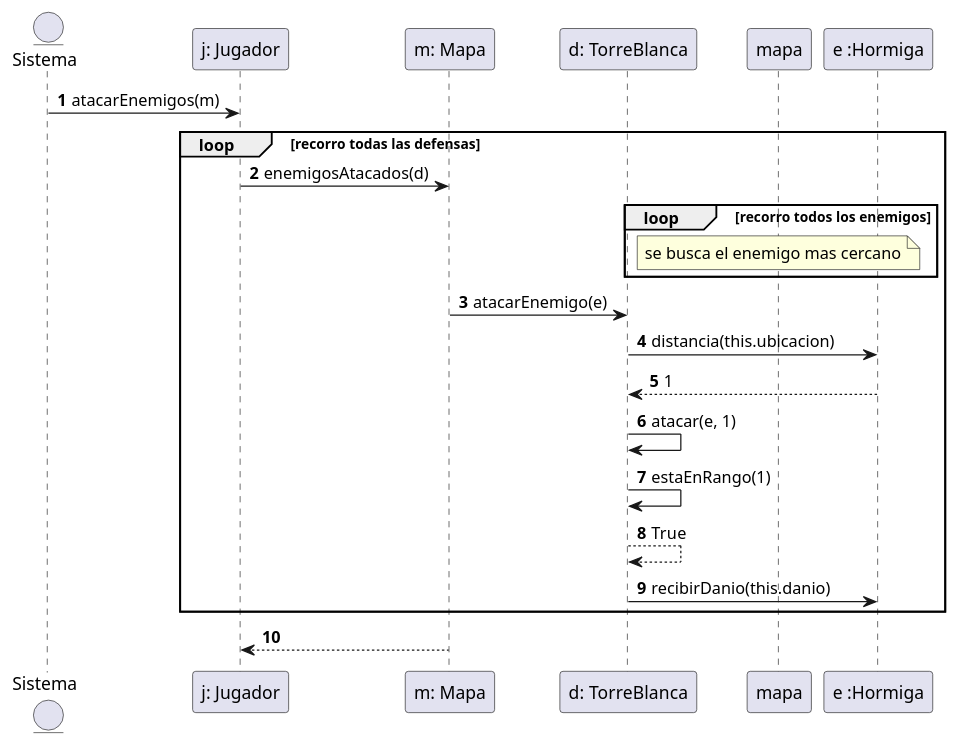
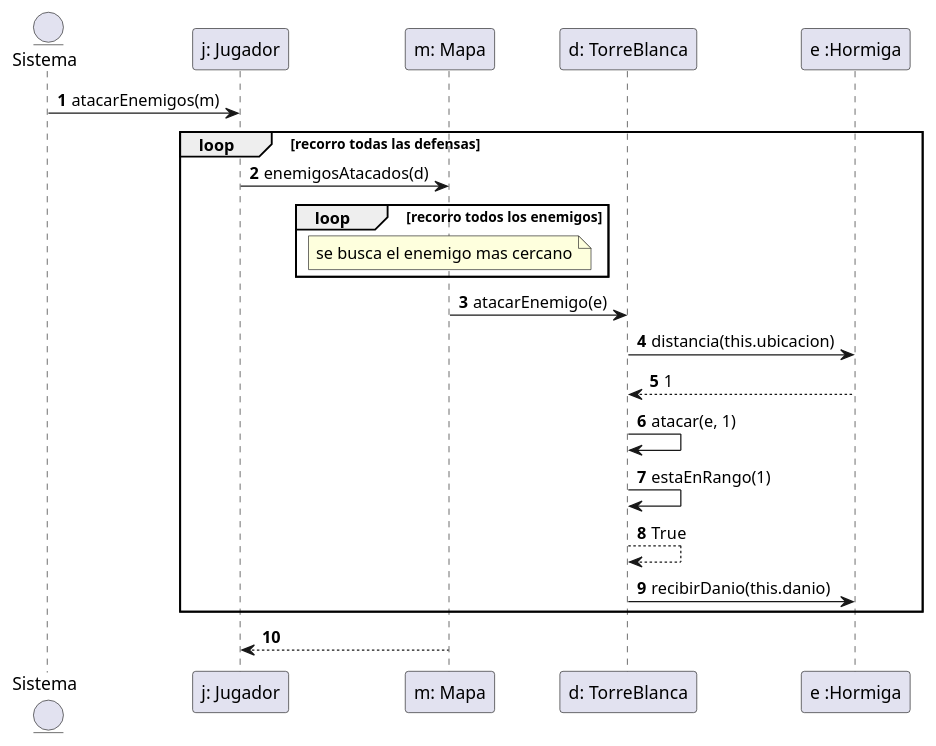
Before and after one commit to franzimbi/algo3_tp2: the diagram in diagrams/sequences/defensasAtacanEnemigos.puml, drawn with PlantUML. The commit also changed 2 other files, not shown here.

Commit message:
Lechuza move diagram Co-authored-by: Francisco Zimbimbakis <84210603+franzimbi@users.noreply.github.com>

```diff
--- a/diagrams/sequences/defensasAtacanEnemigos.puml
+++ b/diagrams/sequences/defensasAtacanEnemigos.puml
@@ -1,28 +1,28 @@
 @startuml
 'https://plantuml.com/sequence-diagram
 
 autonumber
 
 entity Sistema
 participant "j: Jugador"
 participant "m: Mapa"
 Sistema -> "j: Jugador":atacarEnemigos(m)
 loop recorro todas las defensas
     "j: Jugador" -> "m: Mapa": enemigosAtacados(d)
     participant "d: TorreBlanca"
 
     loop recorro todos los enemigos
-        note over mapa: se busca el enemigo mas cercano
+        note over "m: Mapa": se busca el enemigo mas cercano
     end
     participant "e :Hormiga"
     "m: Mapa"->"d: TorreBlanca": atacarEnemigo(e)
     "d: TorreBlanca" -> "e :Hormiga": distancia(this.ubicacion)
     "e :Hormiga" --> "d: TorreBlanca": 1
     "d: TorreBlanca" -> "d: TorreBlanca": atacar(e, 1)
     "d: TorreBlanca" -> "d: TorreBlanca": estaEnRango(1)
     "d: TorreBlanca" --> "d: TorreBlanca": True
     "d: TorreBlanca" -> "e :Hormiga": recibirDanio(this.danio)
 end
 "j: Jugador" <-- "m: Mapa"
 
 @enduml
```
